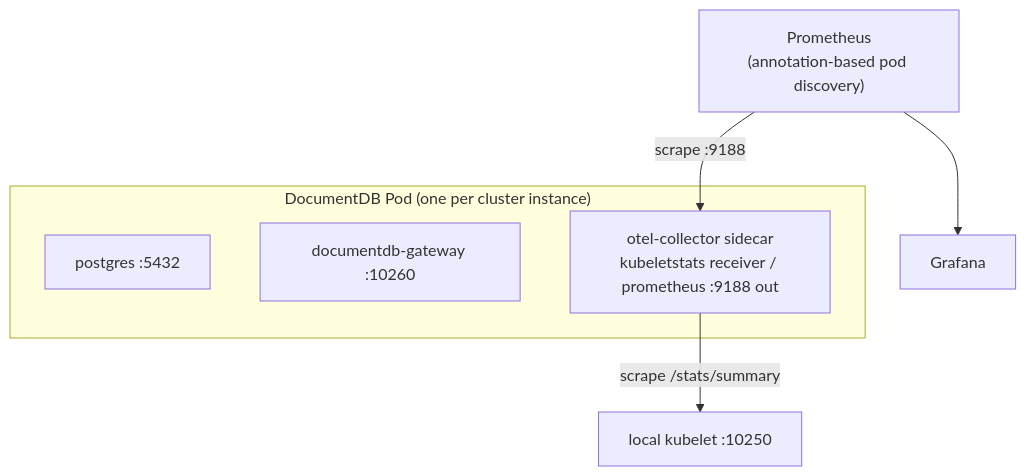
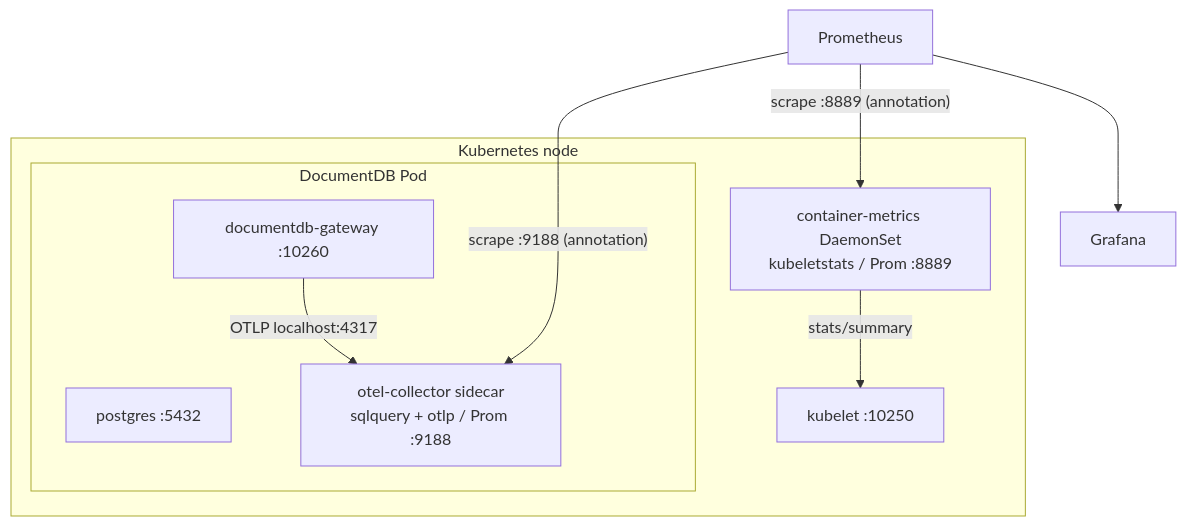
Before and after one commit to documentdb/documentdb-kubernetes-operator: the diagram in docs/operator-public-documentation/preview/monitoring/overview.md, drawn with Mermaid. The commit also changed other lines of this file and 22 other files, not shown here.

Commit message:
fix(monitoring): move container metrics collection to a chart-managed DaemonSet

````diff
--- a/docs/operator-public-documentation/preview/monitoring/overview.md
+++ b/docs/operator-public-documentation/preview/monitoring/overview.md
@@ -26,16 +29,20 @@
 ```mermaid
 graph TB
-    subgraph pod["DocumentDB Pod (one per cluster instance)"]
-        pg["postgres :5432"]
-        gw["documentdb-gateway :10260"]
-        otel["otel-collector sidecar<br/>kubeletstats receiver / prometheus :9188 out"]
+    subgraph node["Kubernetes node"]
+        subgraph pod["DocumentDB Pod"]
+            pg["postgres :5432"]
+            gw["documentdb-gateway :10260"]
+            otel["otel-collector sidecar<br/>sqlquery + otlp / Prom :9188"]
+        end
+        kubelet["kubelet :10250"]
+        ds["container-metrics DaemonSet<br/>kubeletstats / Prom :8889"]
+        gw -- "OTLP localhost:4317" --> otel
+        ds -- "stats/summary" --> kubelet
     end
 
-    kubelet["local kubelet :10250"]
-    prom["Prometheus<br/>(annotation-based pod discovery)"]
+    prom["Prometheus"]
     grafana["Grafana"]
-
-    otel -- "scrape /stats/summary" --> kubelet
-    prom -- "scrape :9188" --> otel
+    prom -- "scrape :9188 (annotation)" --> otel
+    prom -- "scrape :8889 (annotation)" --> ds
     prom --> grafana
 ```
````
